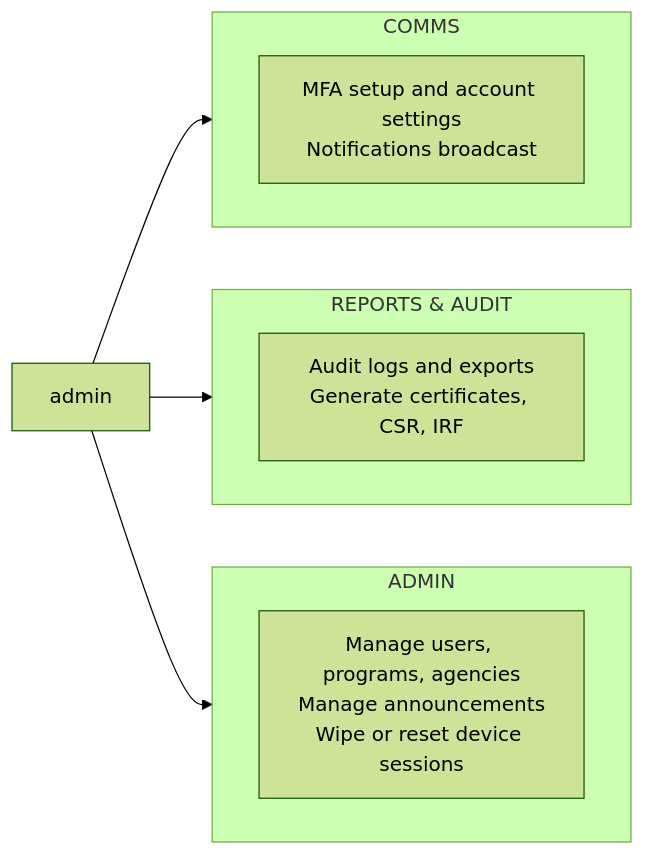
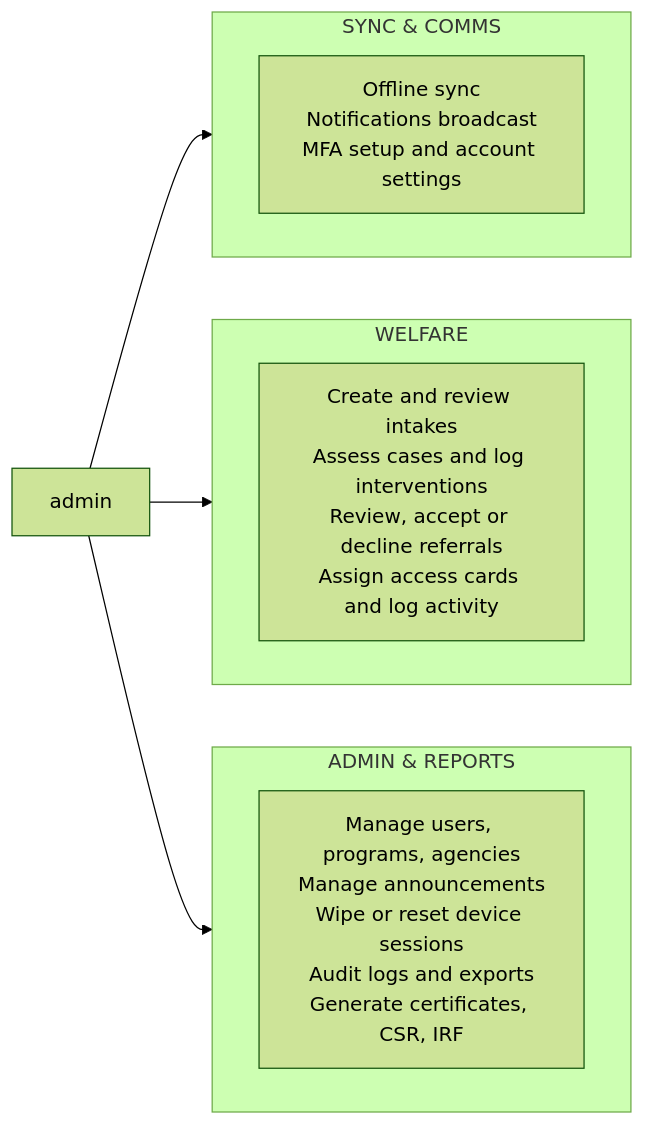
One commit to urlsalimbot/THESIS1-KAPWA changed the fifth of 8 diagrams in docs/diagrams/02-use-case-diagram.md. Above: the diagram before and after it, drawn with Mermaid (forest theme). The commit also changed other lines of this file, not shown here.

Commit message:
docs: join use cases per role with category rectangles in one diagram each

````diff
--- a/docs/diagrams/02-use-case-diagram.md
+++ b/docs/diagrams/02-use-case-diagram.md
@@ -176,23 +148,23 @@
 ```mermaid
 flowchart LR
     AD["admin"]
 
-    subgraph AdminMgmt[ADMIN]
+    subgraph AdminMgmt[ADMIN & REPORTS]
         direction LR
-        A1["Manage users, programs, agencies<br/>Manage announcements<br/>Wipe or reset device sessions"]
+        A1["Manage users, programs, agencies<br/>Manage announcements<br/>Wipe or reset device sessions<br/>Audit logs and exports<br/>Generate certificates, CSR, IRF"]
     end
 
-    subgraph Reports[REPORTS & AUDIT]
+    subgraph Welfare[WELFARE]
         direction LR
-        A2["Audit logs and exports<br/>Generate certificates, CSR, IRF"]
+        A2["Create and review intakes<br/>Assess cases and log interventions<br/>Review, accept or decline referrals<br/>Assign access cards and log activity"]
     end
 
-    subgraph Comms[COMMS]
+    subgraph SyncComms[SYNC & COMMS]
         direction LR
-        A3["MFA setup and account settings<br/>Notifications broadcast"]
+        A3["Offline sync<br/>Notifications broadcast<br/>MFA setup and account settings"]
     end
 
     AD --> A1
     AD --> A2
     AD --> A3
 ```
````
